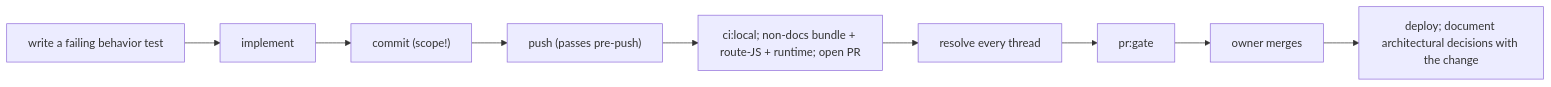
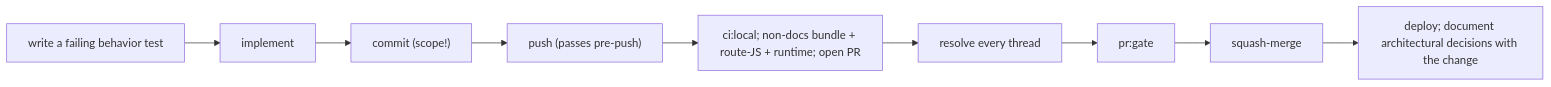
Before and after one commit to erikunha/portfolio: the diagram in docs/handbook/onboarding.md, drawn with Mermaid. The commit also changed other lines of this file and 13 other files, not shown here.

````diff
--- a/docs/handbook/onboarding.md
+++ b/docs/handbook/onboarding.md
@@ -26,8 +26,8 @@
 ```mermaid
 flowchart LR
     tdd["write a failing behavior test"] --> edit["implement"] --> commit["commit (scope!)"]
     commit --> push["push (passes pre-push)"]
     push --> pr["ci:local; non-docs bundle + route-JS + runtime; open PR"]
-    pr --> conv["resolve every thread"] --> ready["pr:gate"] --> owner["owner merges"]
-    owner --> deploy["deploy; document architectural decisions with the change"]
+    pr --> conv["resolve every thread"] --> ready["pr:gate"] --> merge["squash-merge"]
+    merge --> deploy["deploy; document architectural decisions with the change"]
 ```
````
